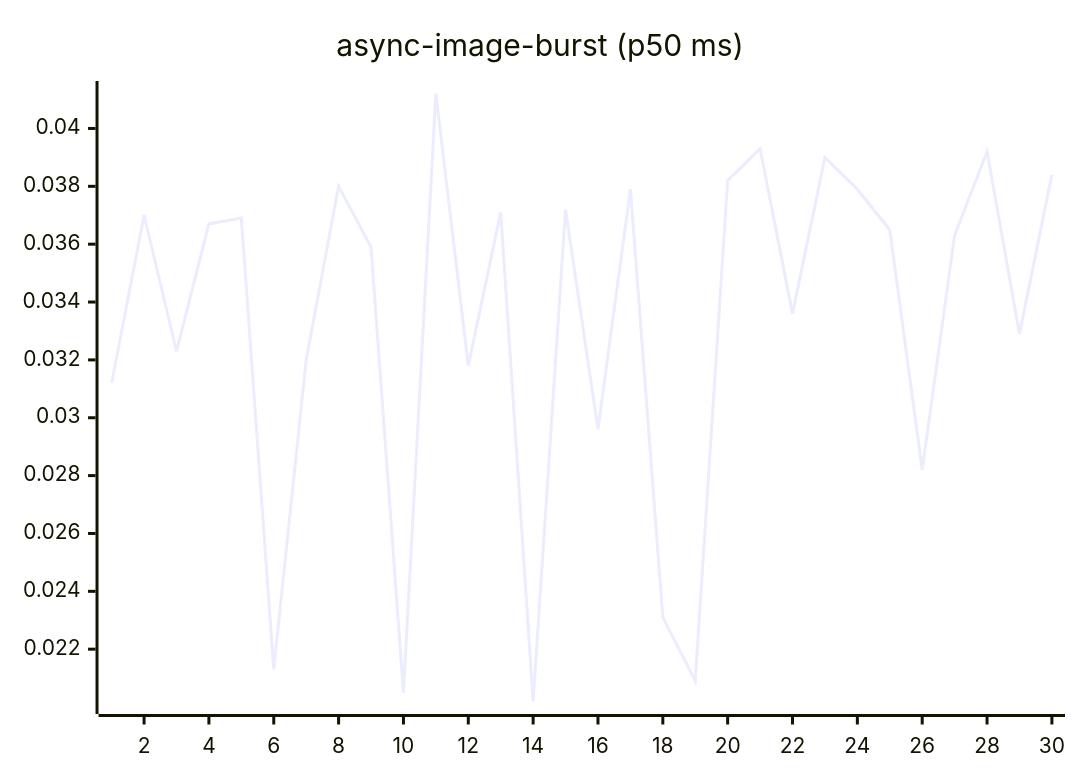
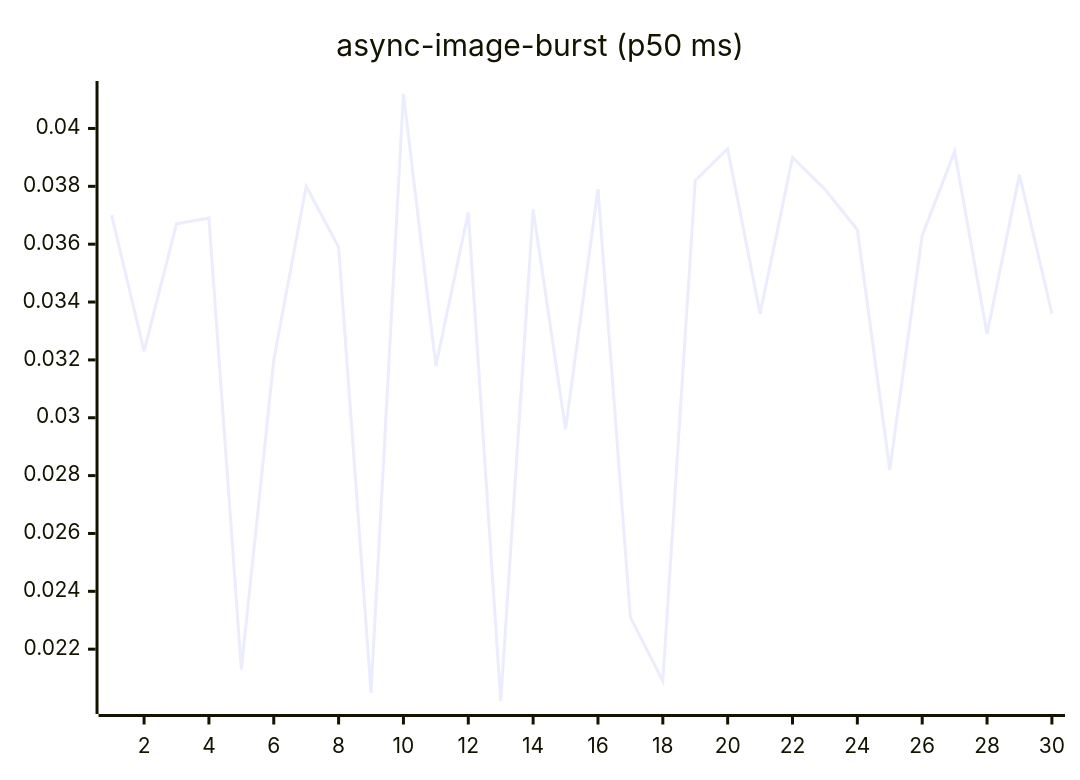
The fourth of 27 diagrams in README.md (josha/Facet), drawn with Mermaid before and after one commit. The commit also changed other lines of this file and 2 other files, not shown here.

````diff
--- a/README.md
+++ b/README.md
@@ -84,6 +84,6 @@
 ```mermaid
 xychart-beta
     title "async-image-burst (p50 ms)"
     x-axis 1 --> 30
-    line [0.0312, 0.0370, 0.0323, 0.0367, 0.0369, 0.0213, 0.0320, 0.0380, 0.0359, 0.0205, 0.0412, 0.0318, 0.0371, 0.0202, 0.0372, 0.0296, 0.0379, 0.0231, 0.0209, 0.0382, 0.0393, 0.0336, 0.0390, 0.0379, 0.0365, 0.0282, 0.0363, 0.0392, 0.0329, 0.0384]
+    line [0.0370, 0.0323, 0.0367, 0.0369, 0.0213, 0.0320, 0.0380, 0.0359, 0.0205, 0.0412, 0.0318, 0.0371, 0.0202, 0.0372, 0.0296, 0.0379, 0.0231, 0.0209, 0.0382, 0.0393, 0.0336, 0.0390, 0.0379, 0.0365, 0.0282, 0.0363, 0.0392, 0.0329, 0.0384, 0.0336]
 ```
````
